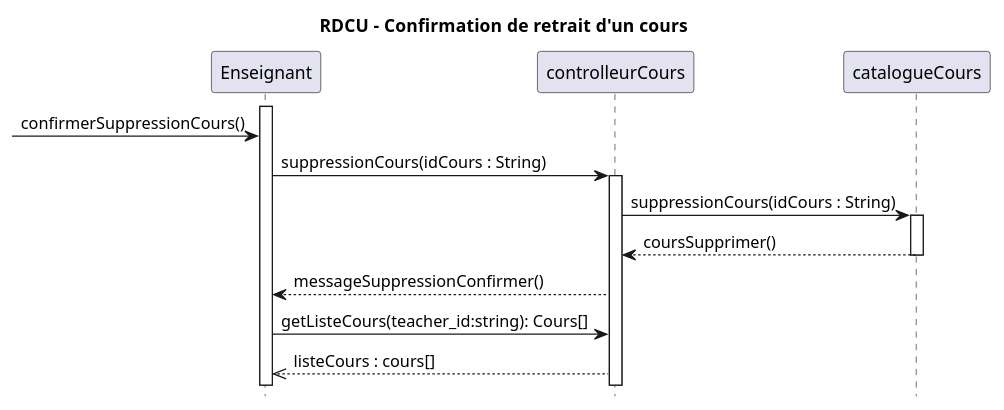
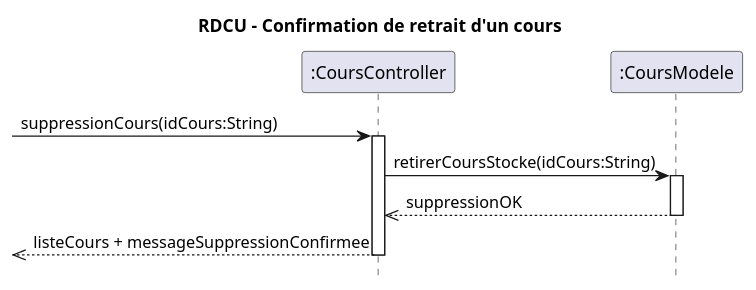
Before and after one commit to xMrYahya/moodle-clone: the diagram in docs/modeles/cu01/rdcu-confirmation-retrait-cours.puml, drawn with PlantUML. The commit also changed 24 other files, not shown here.

```diff
--- a/docs/modeles/cu01/rdcu-confirmation-retrait-cours.puml
+++ b/docs/modeles/cu01/rdcu-confirmation-retrait-cours.puml
@@ -1,26 +1,16 @@
 @startuml
 hide footbox
-title RDCU –  Confirmation de retrait d'un cours
+title RDCU - Confirmation de retrait d'un cours
 
-participant Enseignant as Ens
-participant controlleurCours as ctrl
-participant catalogueCours as cours
+participant ":CoursController" as ctrl
+participant ":CoursModele" as modele
 
-activate Ens
- -> Ens : confirmerSuppressionCours()
-
-
-Ens -> ctrl : suppressionCours(idCours : String)
-activate  ctrl
-
-ctrl -> cours : suppressionCours(idCours : String)
-activate cours
-cours --> ctrl : coursSupprimer()
-deactivate cours
-
-ctrl --> Ens : messageSuppressionConfirmer()
-
-Ens -> ctrl : getListeCours(teacher_id:string): Cours[]
-ctrl -->> Ens : listeCours : cours[]
-
+-> ctrl : suppressionCours(idCours:String)
+activate ctrl
+ctrl -> modele : retirerCoursStocke(idCours:String)
+activate modele
+modele -->> ctrl : suppressionOK
+deactivate modele
+<<-- ctrl : listeCours + messageSuppressionConfirmee
+deactivate ctrl
 @enduml
```
